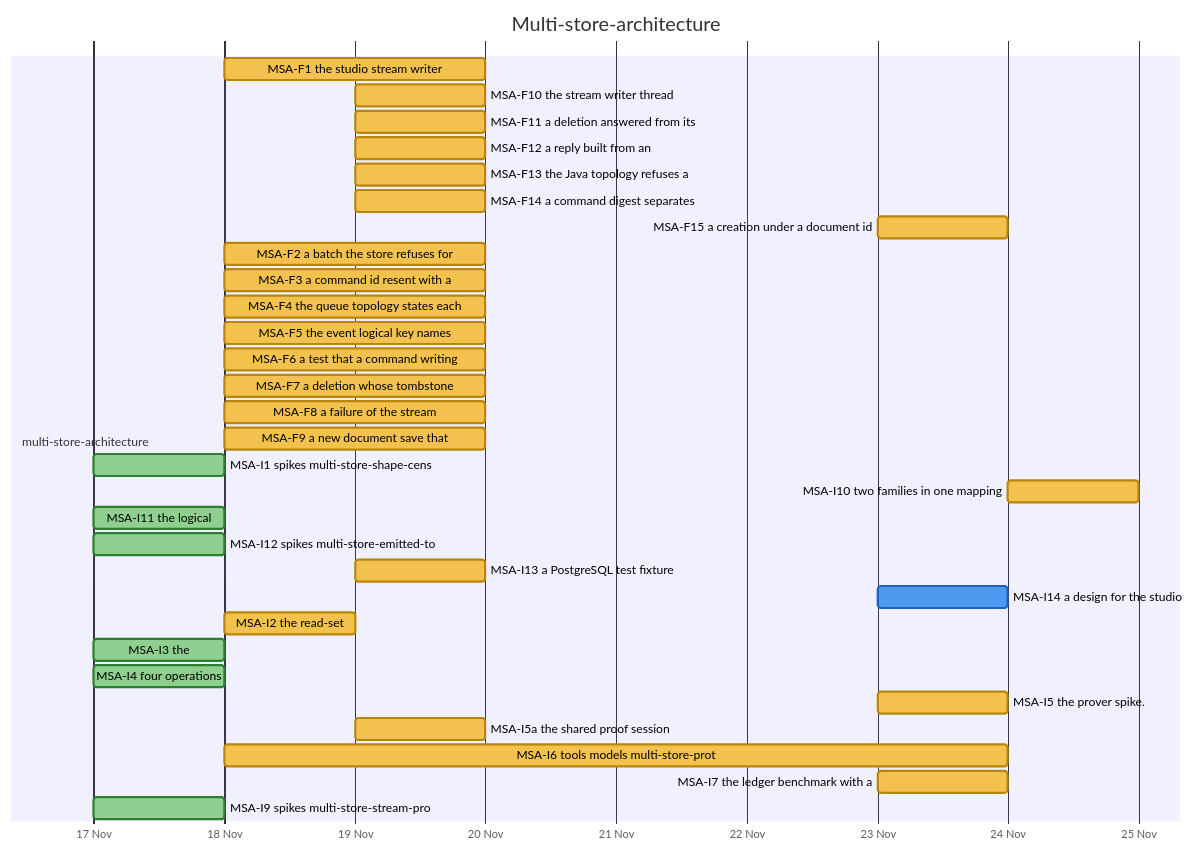
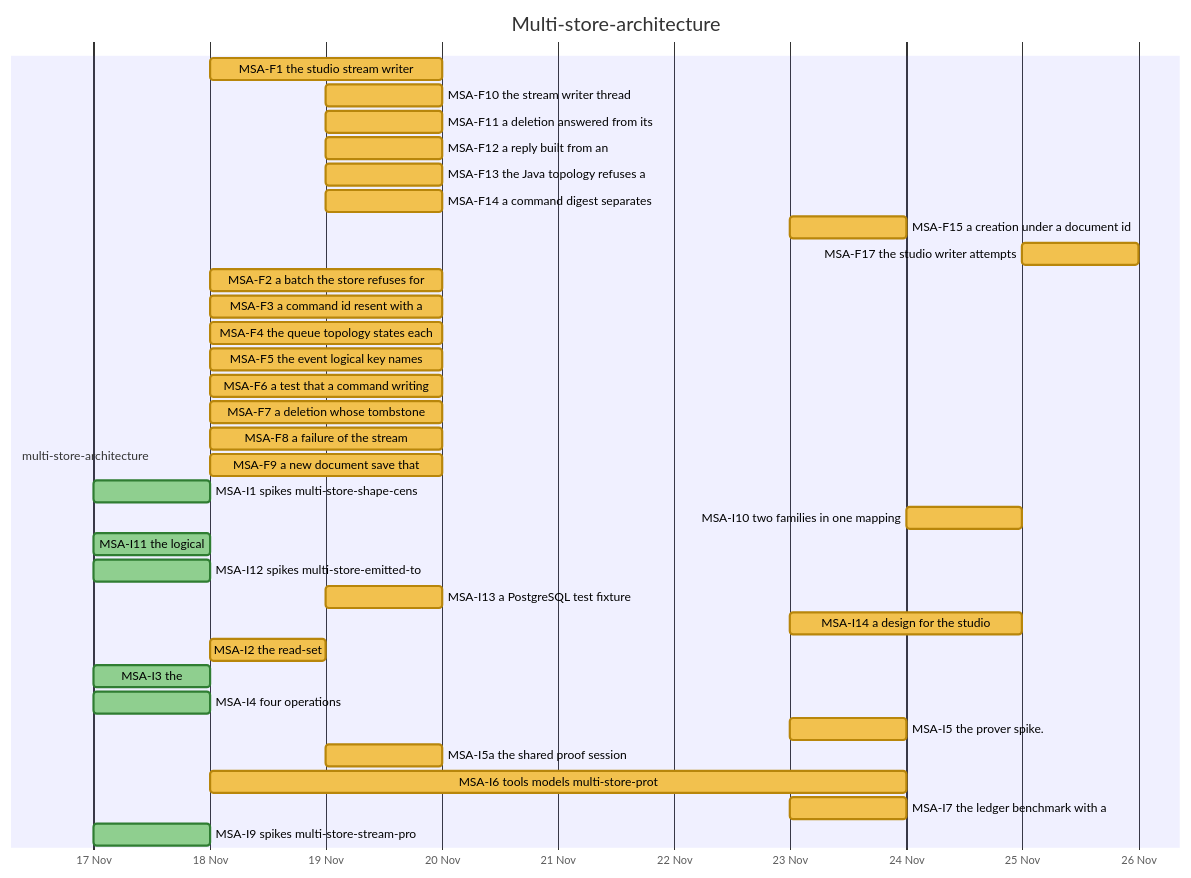
One commit to nebularis/lattice changed diagram 11 of 32 in docs/developer/ROADMAP.md. Above: the diagram before and after it, drawn with Mermaid. The commit also changed other lines of this file and 3 other files, not shown here.

````diff
--- a/docs/developer/ROADMAP.md
+++ b/docs/developer/ROADMAP.md
@@ -377,37 +378,38 @@
 ```mermaid
 %%{init: {"themeVariables": {"taskBkgColor": "#f2c14e", "taskBorderColor": "#b8860b", "taskTextColor": "#000000", "activeTaskBkgColor": "#4e9af1", "activeTaskBorderColor": "#1f5fbf", "activeTaskBorderColor": "#1f5fbf", "doneTaskBkgColor": "#8fcf8f", "doneTaskBorderColor": "#2f7d32", "critBkgColor": "#f28b82", "critBorderColor": "#b23a30", "taskTextDarkColor": "#000000", "taskTextLightColor": "#000000"}}}%%
 gantt
     title Multi-store-architecture
     dateFormat YYYY-MM-DD
     axisFormat %d %b
     section multi-store-architecture
     MSA-F1 the studio stream writer :msaf1, 2026-11-18, 2026-11-20
     MSA-F10 the stream writer thread :msaf10, 2026-11-19, 2026-11-20
     MSA-F11 a deletion answered from its :msaf11, 2026-11-19, 2026-11-20
     MSA-F12 a reply built from an :msaf12, 2026-11-19, 2026-11-20
     MSA-F13 the Java topology refuses a :msaf13, 2026-11-19, 2026-11-20
     MSA-F14 a command digest separates :msaf14, 2026-11-19, 2026-11-20
     MSA-F15 a creation under a document id :msaf15, 2026-11-23, 2026-11-24
+    MSA-F17 the studio writer attempts :msaf17, 2026-11-25, 2026-11-26
     MSA-F2 a batch the store refuses for :msaf2, 2026-11-18, 2026-11-20
     MSA-F3 a command id resent with a :msaf3, 2026-11-18, 2026-11-20
     MSA-F4 the queue topology states each :msaf4, 2026-11-18, 2026-11-20
     MSA-F5 the event logical key names :msaf5, 2026-11-18, 2026-11-20
     MSA-F6 a test that a command writing :msaf6, 2026-11-18, 2026-11-20
     MSA-F7 a deletion whose tombstone :msaf7, 2026-11-18, 2026-11-20
     MSA-F8 a failure of the stream :msaf8, 2026-11-18, 2026-11-20
     MSA-F9 a new document save that :msaf9, 2026-11-18, 2026-11-20
     MSA-I1 spikes multi-store-shape-cens :done, msai1, 2026-11-17, 2026-11-18
     MSA-I10 two families in one mapping :msai10, 2026-11-24, 2026-11-25
     MSA-I11 the logical :done, msai11, 2026-11-17, 2026-11-18
     MSA-I12 spikes multi-store-emitted-to :done, msai12, 2026-11-17, 2026-11-18
     MSA-I13 a PostgreSQL test fixture :msai13, 2026-11-19, 2026-11-20
-    MSA-I14 a design for the studio :active, msai14, 2026-11-23, 2026-11-24
+    MSA-I14 a design for the studio :msai14, 2026-11-23, 2026-11-25
     MSA-I2 the read-set :msai2, 2026-11-18, 2026-11-19
     MSA-I3 the :done, msai3, 2026-11-17, 2026-11-18
     MSA-I4 four operations :done, msai4, 2026-11-17, 2026-11-18
     MSA-I5 the prover spike. :msai5, 2026-11-23, 2026-11-24
     MSA-I5a the shared proof session :msai5a, 2026-11-19, 2026-11-20
     MSA-I6 tools models multi-store-prot :msai6, 2026-11-18, 2026-11-24
     MSA-I7 the ledger benchmark with a :msai7, 2026-11-23, 2026-11-24
     MSA-I9 spikes multi-store-stream-pro :done, msai9, 2026-11-17, 2026-11-18
 ```
````
